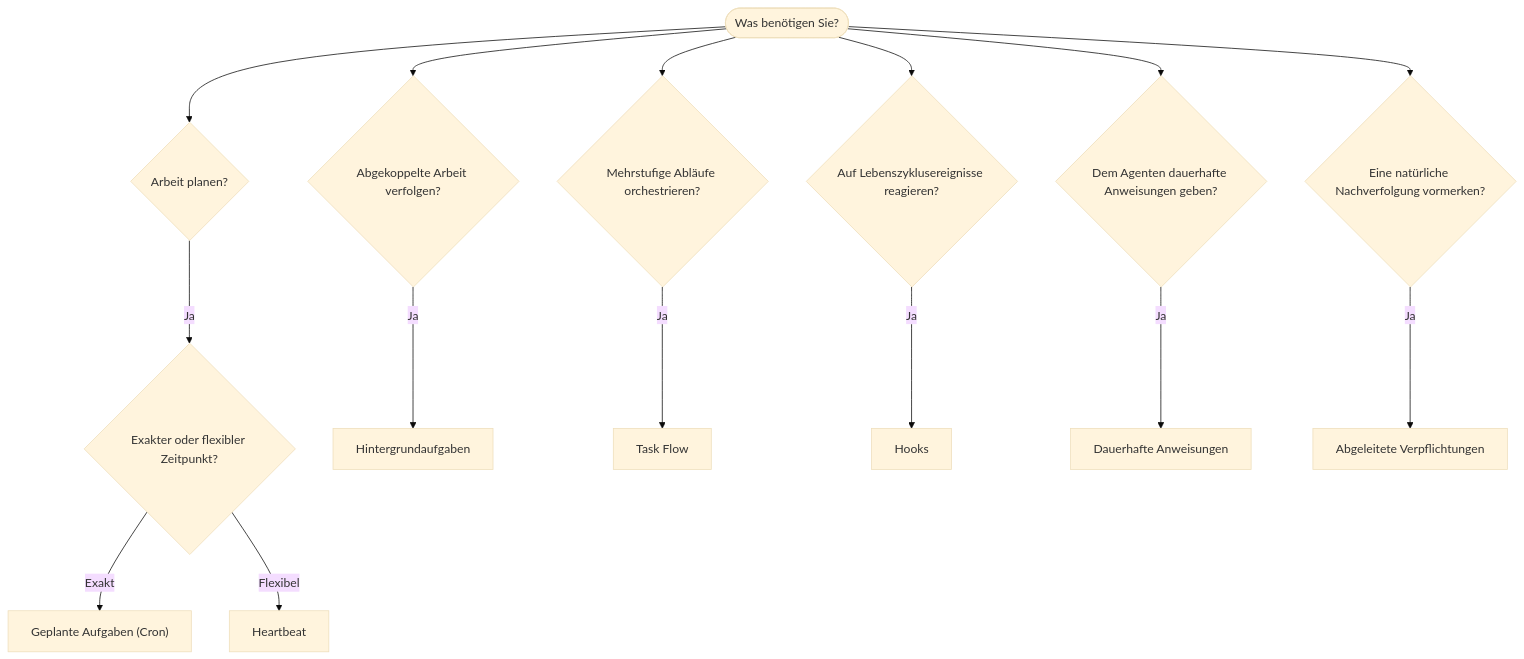
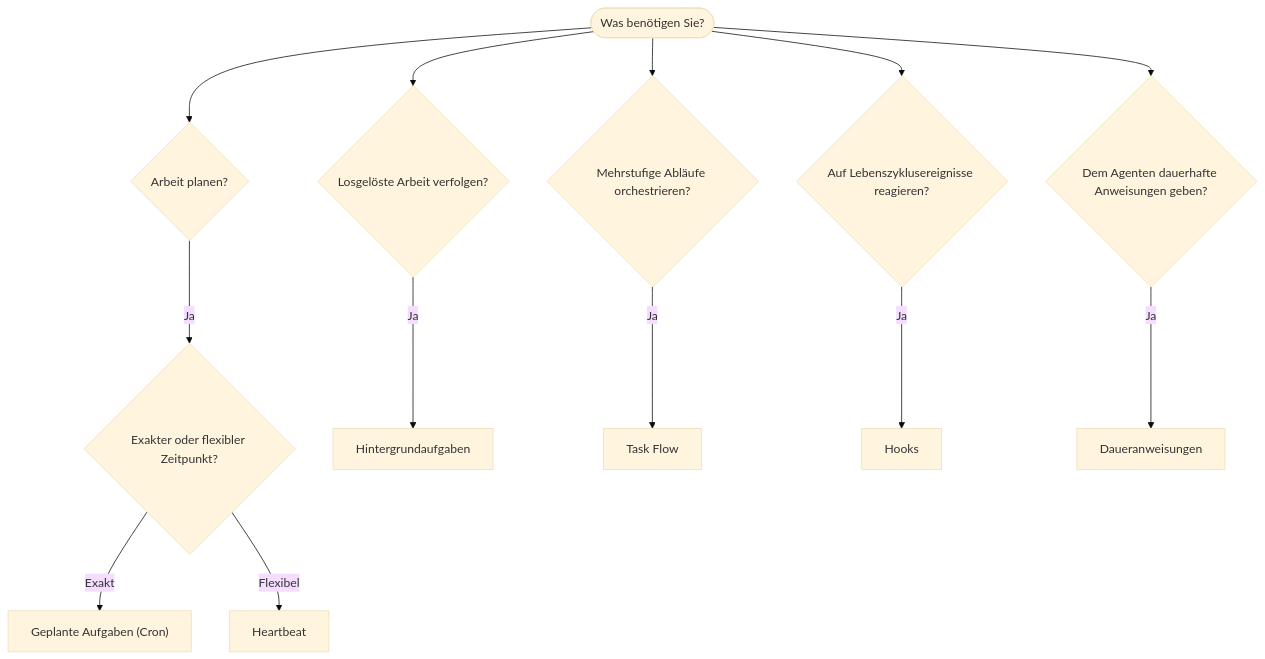
Before and after one commit to openclaw/docs: the diagram in docs/de/automation/index.md, drawn with Mermaid (base theme). The commit also changed other lines of this file and 759 other files, not shown here.

````diff
--- a/docs/de/automation/index.md
+++ b/docs/de/automation/index.md
@@ -26,19 +25,17 @@
 ```mermaid
 flowchart TD
     START([Was benötigen Sie?]) --> Q1{Arbeit planen?}
-    START --> Q2{Abgekoppelte Arbeit verfolgen?}
+    START --> Q2{Losgelöste Arbeit verfolgen?}
     START --> Q3{Mehrstufige Abläufe orchestrieren?}
     START --> Q4{Auf Lebenszyklusereignisse reagieren?}
     START --> Q5{Dem Agenten dauerhafte Anweisungen geben?}
-    START --> Q6{Eine natürliche Nachverfolgung vormerken?}
 
     Q1 -->|Ja| Q1a{Exakter oder flexibler Zeitpunkt?}
     Q1a -->|Exakt| CRON["Geplante Aufgaben (Cron)"]
     Q1a -->|Flexibel| HEARTBEAT[Heartbeat]
 
     Q2 -->|Ja| TASKS[Hintergrundaufgaben]
     Q3 -->|Ja| FLOW[Task Flow]
     Q4 -->|Ja| HOOKS[Hooks]
-    Q5 -->|Ja| SO[Dauerhafte Anweisungen]
-    Q6 -->|Ja| COMMITMENTS[Abgeleitete Verpflichtungen]
+    Q5 -->|Ja| SO[Daueranweisungen]
 ```
````
